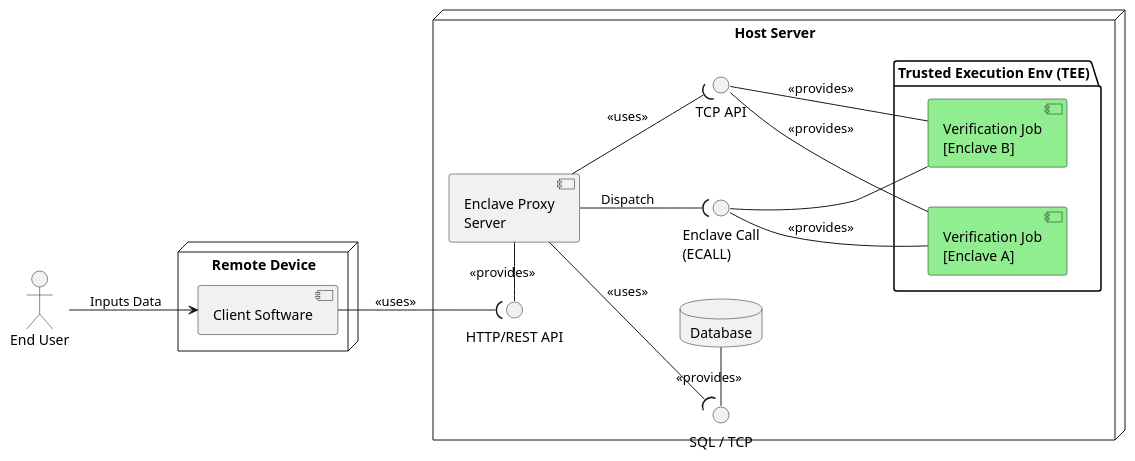
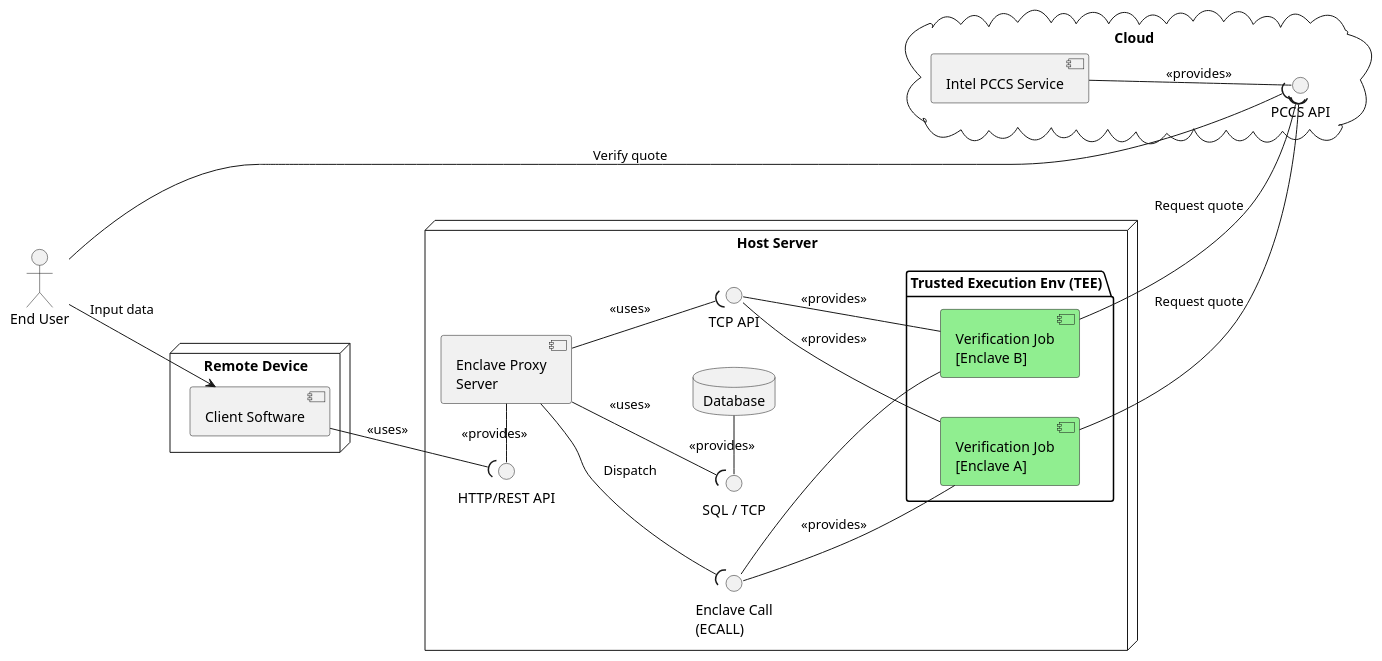
Before and after one commit to Breinich/CMCaaS: the diagram in doc/architecture.puml, drawn with PlantUML.

Commit message:
update architecture  diagram

```diff
--- a/doc/architecture.puml
+++ b/doc/architecture.puml
@@ -1,49 +1,59 @@
 @startuml
 left to right direction
 skinparam nodesep 40
 skinparam ranksep 40
+
+cloud "Cloud" as cloud{
+    component "Intel PCCS Service" as pccs_service
+    interface "PCCS API" as pccs_api
+}
 
 actor "End User" as user
 
 node "Remote Device" {
     component "Client Software" as client_app
 }
 
 node "Host Server" {
 
     component "Enclave Proxy\nServer" as proxy
 
     database "Database" as db
 
     package "Trusted Execution Env (TEE)" {
         component "Verification Job\n[Enclave A]" as enclave1 #LightGreen
         component "Verification Job\n[Enclave B]" as enclave2 #LightGreen
     }
 
     ' -- Interfaces Definitions --
 
     interface "HTTP/REST API" as http_int
     interface "SQL / TCP" as db_int
     interface "Enclave Call\n(ECALL)" as enclave_int
     interface "TCP API" as tcp_api
 }
 
 ' --- Relationships ---
 
-user --> client_app : Inputs Data
+user --> client_app : Input data
+user --( pccs_api : Verify quote
+pccs_service -- pccs_api : <<provides>>
 
 http_int - proxy : <<provides>>
 client_app --( http_int : <<uses>>
 
 db_int - db : <<provides>>
 proxy --( db_int : <<uses>>
 
 enclave_int -- enclave1 : <<provides>>
 tcp_api -- enclave1 : <<provides>>
 enclave_int -- enclave2
 tcp_api -- enclave2 : <<provides>>
 
+enclave1 --( pccs_api : Request quote
+enclave2 --( pccs_api : Request quote
+
 proxy --( enclave_int : Dispatch
 proxy --( tcp_api : <<uses>>
 
 @enduml
```
